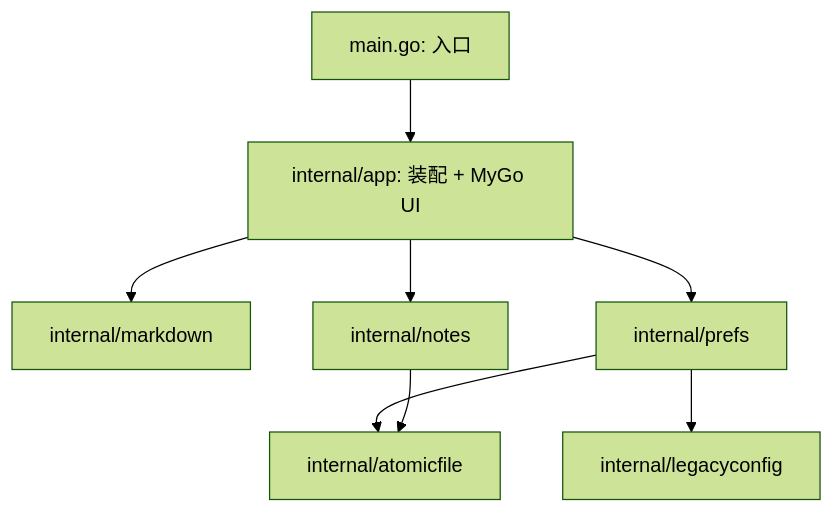
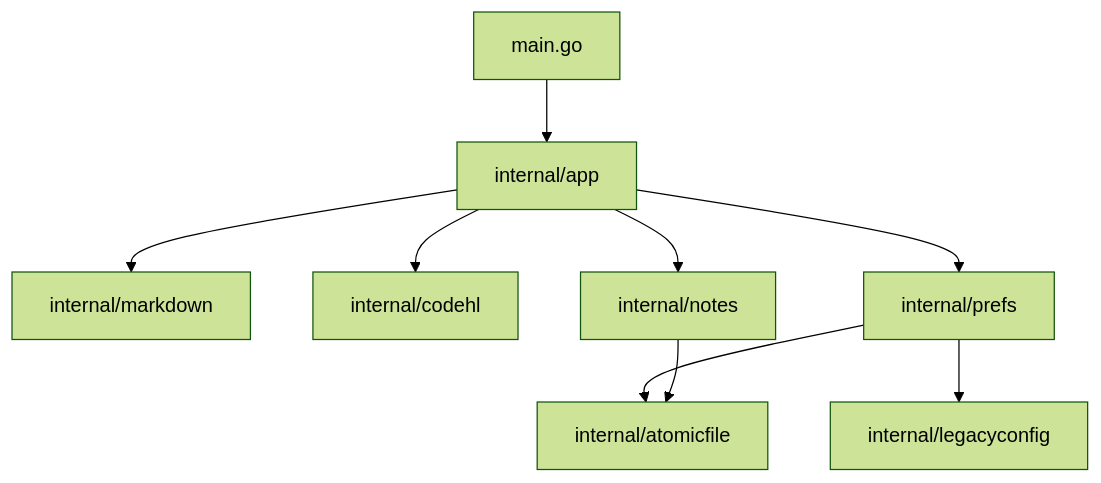
The diagram in docs/engineering-standard.md (blackbot7k-boop/Zakki), drawn with Mermaid (forest theme) before and after one commit. The commit also changed other lines of this file, not shown here.

````diff
--- a/docs/engineering-standard.md
+++ b/docs/engineering-standard.md
@@ -79,17 +45,19 @@
 ```mermaid
 flowchart TD
-    entry["main.go: 入口"]
-    appPkg["internal/app: 装配 + MyGo UI"]
+    entry["main.go"]
+    appPkg["internal/app"]
     mdPkg["internal/markdown"]
+    hlPkg["internal/codehl"]
     notesPkg["internal/notes"]
     prefsPkg["internal/prefs"]
     legacyPkg["internal/legacyconfig"]
     atomicPkg["internal/atomicfile"]
     entry --> appPkg
     appPkg --> mdPkg
+    appPkg --> hlPkg
     appPkg --> notesPkg
     appPkg --> prefsPkg
     prefsPkg --> legacyPkg
     prefsPkg --> atomicPkg
     notesPkg --> atomicPkg
 ```
````
